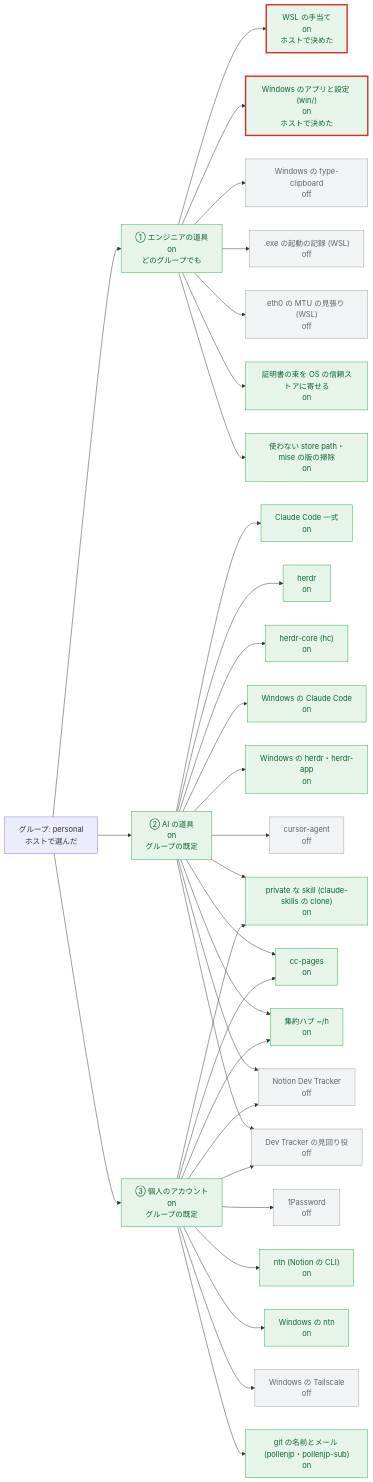
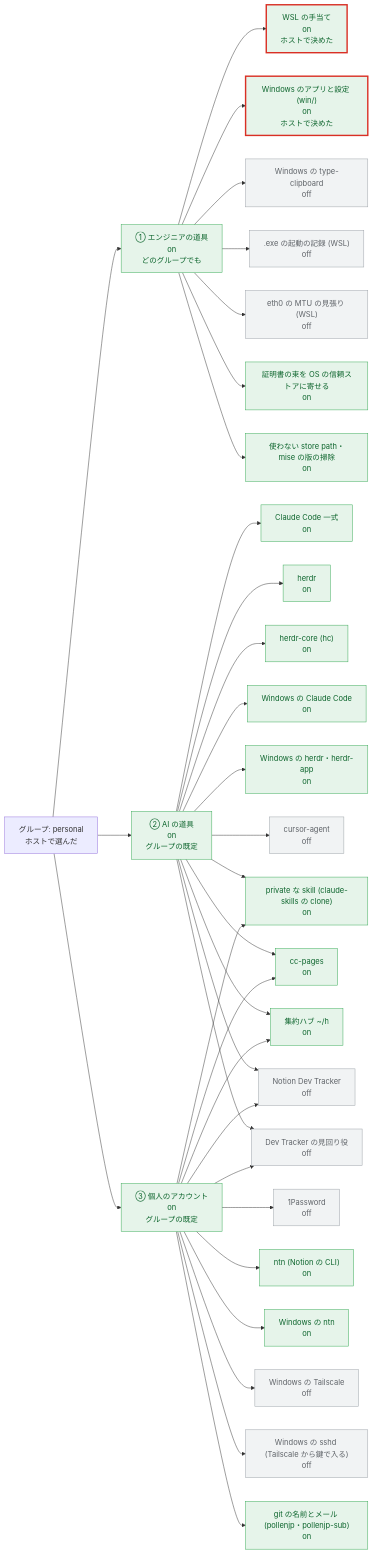
The first of 4 diagrams in nix/groups.md (pollenjp/dotfiles), drawn with Mermaid before and after one commit. The commit also changed other lines of this file and 8 other files, not shown here.

First line of the commit message:
feat(nix,win): Windows に sshd を入れるかの switch (wsl.windowsFiles.sshd.enable) と、入れる鍵の option を足す

````diff
--- a/nix/groups.md
+++ b/nix/groups.md
@@ -55,70 +56,72 @@
 ```mermaid
 flowchart LR
   g["グループ: personal<br/>ホストで選んだ"]
   t1["① エンジニアの道具<br/>on<br/>どのグループでも"]
   t2["② AI の道具<br/>on<br/>グループの既定"]
   t3["③ 個人のアカウント<br/>on<br/>グループの既定"]
   g --> t1
   g --> t2
   g --> t3
   wsl["WSL の手当て<br/>on<br/>ホストで決めた"]
   windowsFiles["Windows のアプリと設定 (win/)<br/>on<br/>ホストで決めた"]
   windowsTypeClipboard["Windows の type-clipboard<br/>off"]
   exeExecTrace[".exe の起動の記録 (WSL)<br/>off"]
   mtuGuard["eth0 の MTU の見張り (WSL)<br/>off"]
   osCaBundle["証明書の束を OS の信頼ストアに寄せる<br/>on"]
   cleanup["使わない store path・mise の版の掃除<br/>on"]
   claude["Claude Code 一式<br/>on"]
   herdr["herdr<br/>on"]
   herdrCore["herdr-core (hc)<br/>on"]
   windowsClaudeCode["Windows の Claude Code<br/>on"]
   windowsHerdr["Windows の herdr・herdr-app<br/>on"]
   cursorAgent["cursor-agent<br/>off"]
   claudePrivateSkills["private な skill (claude-skills の clone)<br/>on"]
   ccPages["cc-pages<br/>on"]
   herdrHub["集約ハブ ~/h<br/>on"]
   devTracker["Notion Dev Tracker<br/>off"]
   devTrackerInbox["Dev Tracker の見回り役<br/>off"]
   onePassword["1Password<br/>off"]
   ntn["ntn (Notion の CLI)<br/>on"]
   windowsNtn["Windows の ntn<br/>on"]
   windowsTailscale["Windows の Tailscale<br/>off"]
+  windowsSshd["Windows の sshd (Tailscale から鍵で入る)<br/>off"]
   gitIdentity["git の名前とメール (pollenjp・pollenjp-sub)<br/>on"]
   t1 --> wsl
   t1 --> windowsFiles
   t1 --> windowsTypeClipboard
   t1 --> exeExecTrace
   t1 --> mtuGuard
   t1 --> osCaBundle
   t1 --> cleanup
   t2 --> claude
   t2 --> herdr
   t2 --> herdrCore
   t2 --> windowsClaudeCode
   t2 --> windowsHerdr
   t2 --> cursorAgent
   t2 --> claudePrivateSkills
   t3 --> claudePrivateSkills
   t2 --> ccPages
   t3 --> ccPages
   t2 --> herdrHub
   t3 --> herdrHub
   t2 --> devTracker
   t3 --> devTracker
   t2 --> devTrackerInbox
   t3 --> devTrackerInbox
   t3 --> onePassword
   t3 --> ntn
   t3 --> windowsNtn
   t3 --> windowsTailscale
+  t3 --> windowsSshd
   t3 --> gitIdentity
   classDef on fill:#e6f4ea,stroke:#34a853,color:#0d652d
   classDef off fill:#f1f3f4,stroke:#9aa0a6,color:#5f6368
   classDef na fill:#ffffff,stroke:#bdc1c6,color:#9aa0a6,stroke-dasharray:4 3
   classDef onHost fill:#e6f4ea,stroke:#d93025,stroke-width:3px,color:#0d652d
   classDef offHost fill:#f1f3f4,stroke:#d93025,stroke-width:3px,color:#5f6368
   classDef naHost fill:#ffffff,stroke:#d93025,stroke-width:3px,color:#9aa0a6,stroke-dasharray:4 3
   class t1,t2,t3,osCaBundle,cleanup,claude,herdr,herdrCore,windowsClaudeCode,windowsHerdr,claudePrivateSkills,ccPages,herdrHub,ntn,windowsNtn,gitIdentity on
-  class windowsTypeClipboard,exeExecTrace,mtuGuard,cursorAgent,devTracker,devTrackerInbox,onePassword,windowsTailscale off
+  class windowsTypeClipboard,exeExecTrace,mtuGuard,cursorAgent,devTracker,devTrackerInbox,onePassword,windowsTailscale,windowsSshd off
   class wsl,windowsFiles onHost
 ```
````
